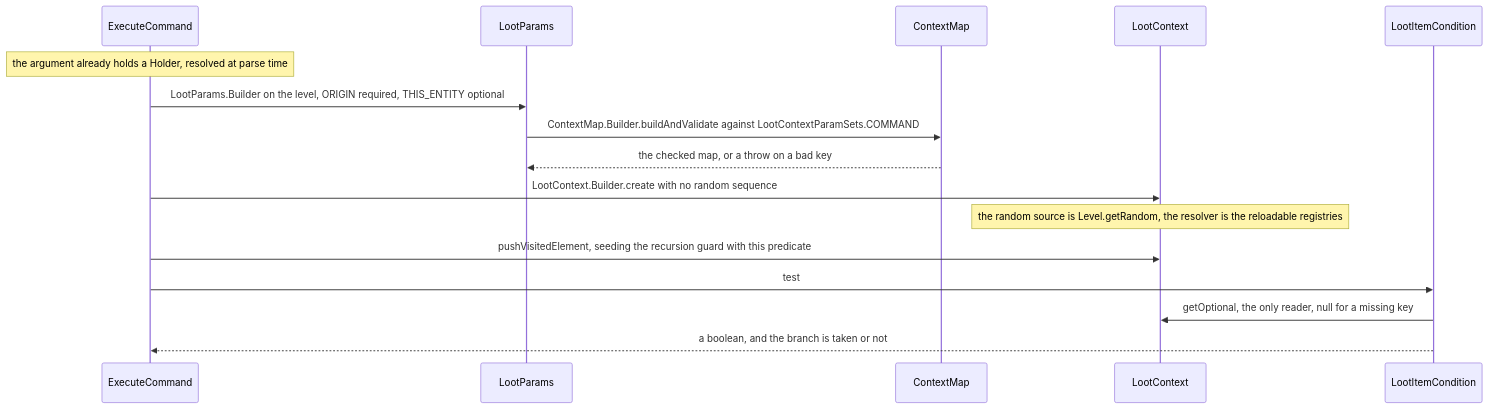
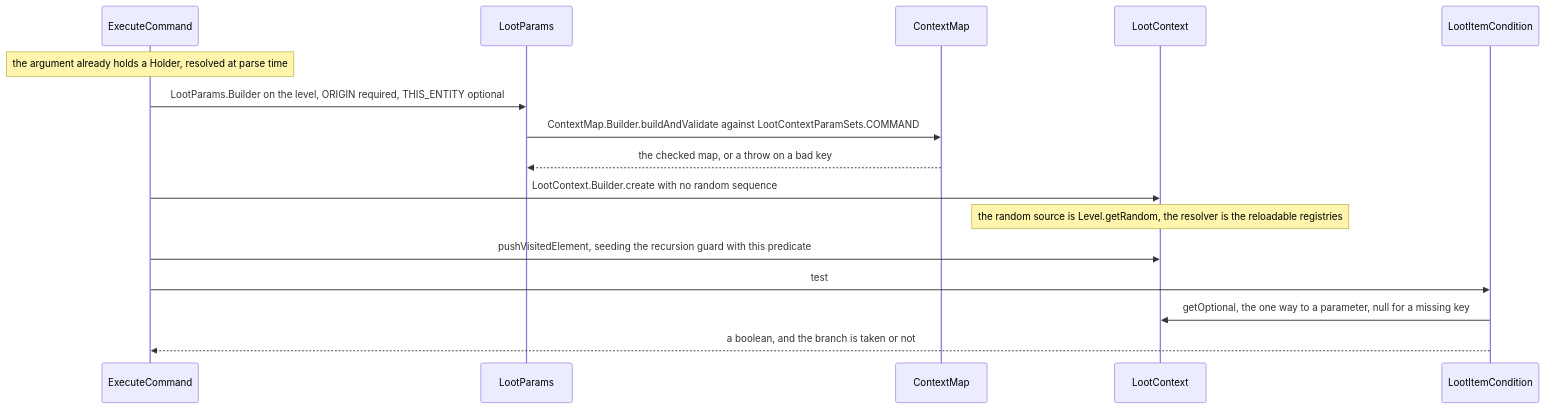
One commit to AlexanderjFraser/MinecraftDocs changed the second of 2 diagrams in src/systems/items/contexts-and-predicates.md. Above: the diagram before and after it, drawn with Mermaid. The commit also changed other lines of this file and 17 other files, not shown here.

````diff
--- a/src/systems/items/contexts-and-predicates.md
+++ b/src/systems/items/contexts-and-predicates.md
@@ -315,19 +311,19 @@
 ```mermaid
 sequenceDiagram
     participant ExecC as ExecuteCommand
     participant LootP as LootParams
     participant CMap as ContextMap
     participant LootC as LootContext
     participant LIC as LootItemCondition
 
     Note over ExecC: the argument already holds a Holder, resolved at parse time
     ExecC->>LootP: LootParams.Builder on the level, ORIGIN required, THIS_ENTITY optional
     LootP->>CMap: ContextMap.Builder.buildAndValidate against LootContextParamSets.COMMAND
     CMap-->>LootP: the checked map, or a throw on a bad key
     ExecC->>LootC: LootContext.Builder.create with no random sequence
     Note over LootC: the random source is Level.getRandom, the resolver is the reloadable registries
     ExecC->>LootC: pushVisitedElement, seeding the recursion guard with this predicate
     ExecC->>LIC: test
-    LIC->>LootC: getOptional, the only reader, null for a missing key
+    LIC->>LootC: getOptional, the one way to a parameter, null for a missing key
     LIC-->>ExecC: a boolean, and the branch is taken or not
 ```
````
